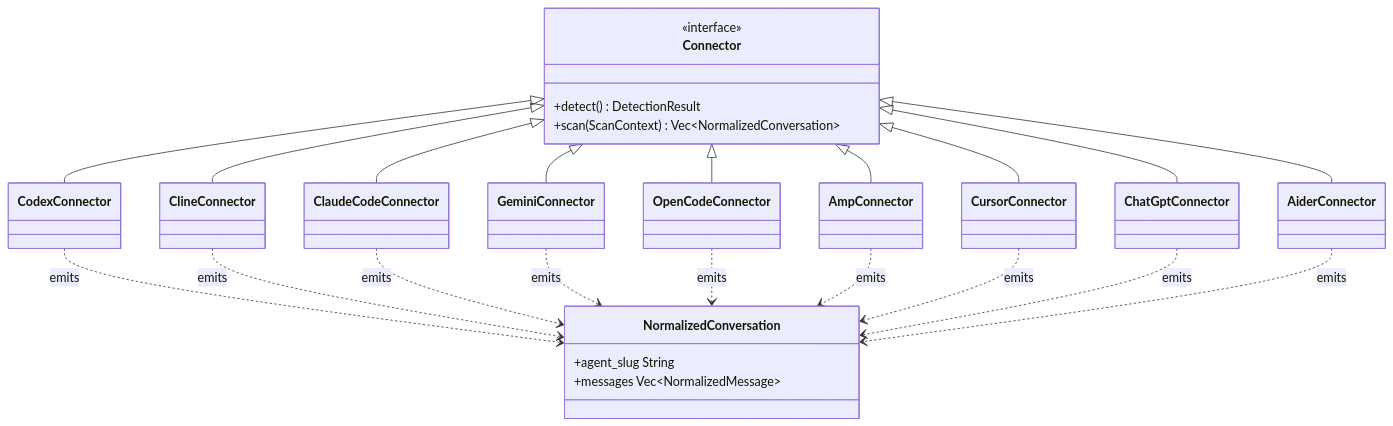
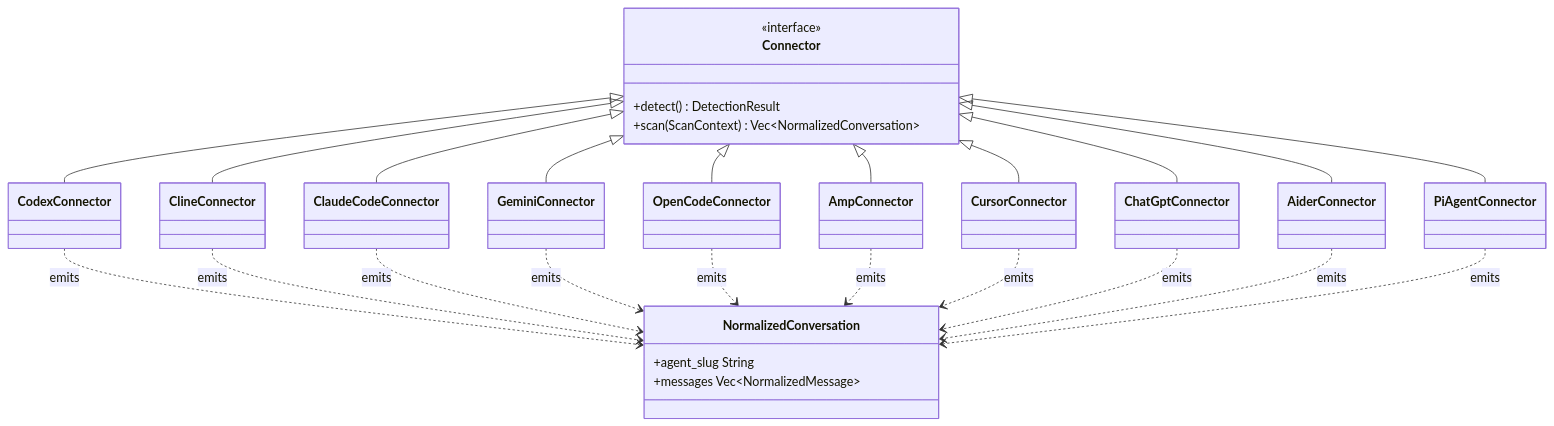
One commit to joyshmitz/coding_agent_session_search changed the first of 3 diagrams in README.md. Above: the diagram before and after it, drawn with Mermaid. The commit also changed other lines of this file and 1 other file, not shown here.

First line of the commit message:
docs: Update architecture diagrams with Pi-Agent and Remote Sources

````diff
--- a/README.md
+++ b/README.md
@@ -1011,32 +1011,34 @@
 ```mermaid
 classDiagram
  class Connector {
  <<interface>>
  +detect() DetectionResult
  +scan(ScanContext) Vec~NormalizedConversation~
  }
  class NormalizedConversation {
  +agent_slug String
  +messages Vec~NormalizedMessage~
  }
 
  Connector <|-- CodexConnector
  Connector <|-- ClineConnector
  Connector <|-- ClaudeCodeConnector
  Connector <|-- GeminiConnector
  Connector <|-- OpenCodeConnector
  Connector <|-- AmpConnector
  Connector <|-- CursorConnector
  Connector <|-- ChatGptConnector
  Connector <|-- AiderConnector
+ Connector <|-- PiAgentConnector
 
  CodexConnector ..> NormalizedConversation : emits
  ClineConnector ..> NormalizedConversation : emits
  ClaudeCodeConnector ..> NormalizedConversation : emits
  GeminiConnector ..> NormalizedConversation : emits
  OpenCodeConnector ..> NormalizedConversation : emits
  AmpConnector ..> NormalizedConversation : emits
  CursorConnector ..> NormalizedConversation : emits
  ChatGptConnector ..> NormalizedConversation : emits
  AiderConnector ..> NormalizedConversation : emits
+ PiAgentConnector ..> NormalizedConversation : emits
 ```
````
